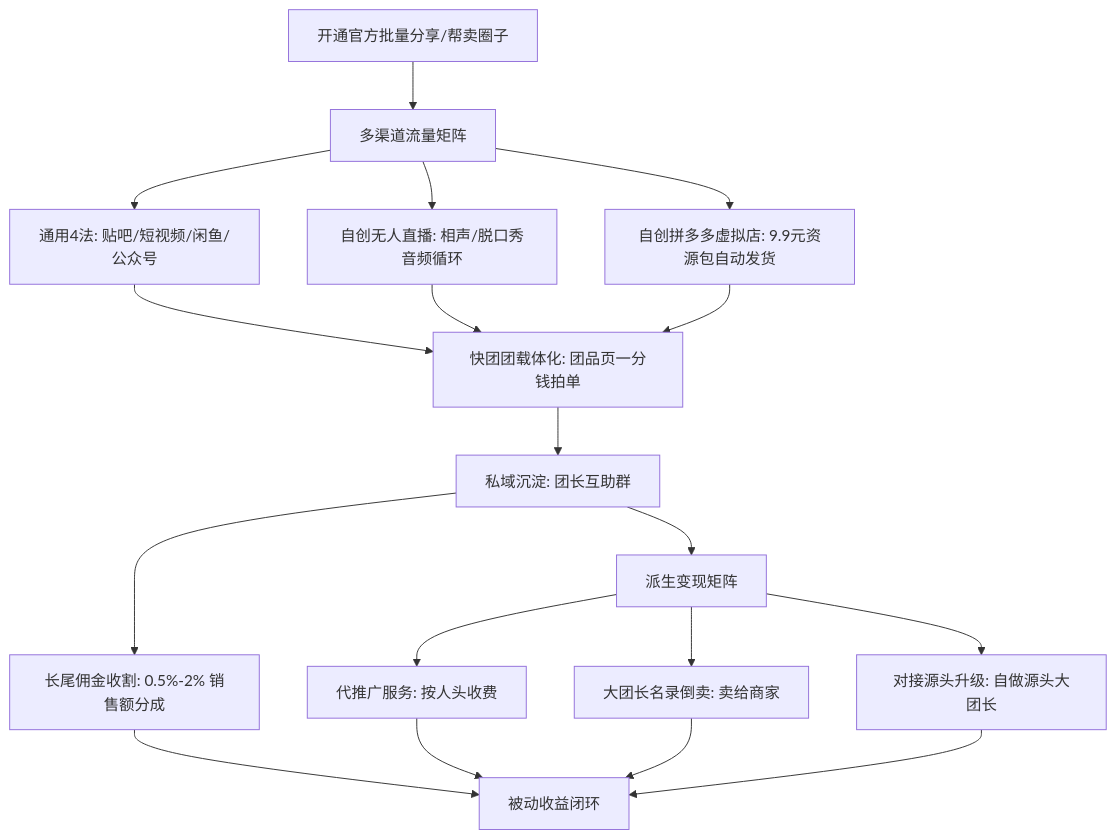
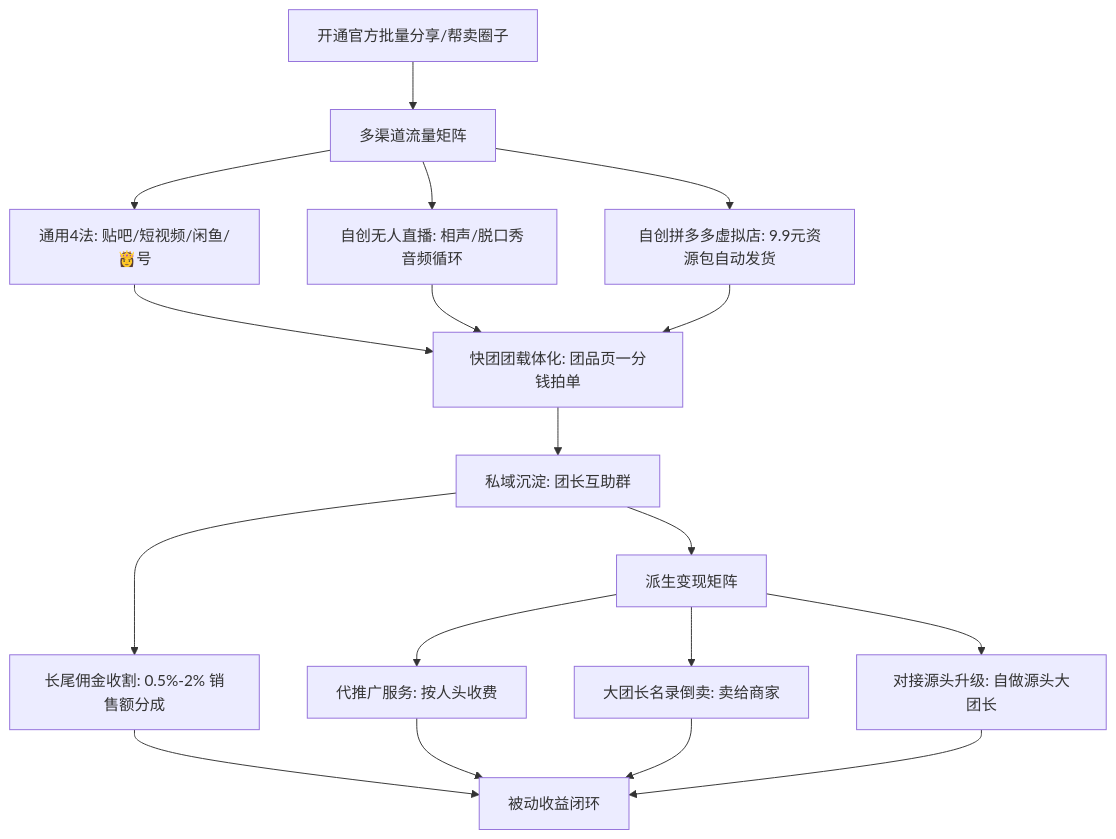
Before and after one commit to OpenDocCN1/flygon-zhuanqian-zhoubao: the sixth of 8 diagrams in docs/202305_paper2textbook/chapter_052.md, drawn with Mermaid. The commit also changed other lines of this file and 6688 other files, not shown here.

````diff
--- a/docs/202305_paper2textbook/chapter_052.md
+++ b/docs/202305_paper2textbook/chapter_052.md
@@ -720,15 +720,15 @@
 ```mermaid
 graph TD
     A[开通官方批量分享/帮卖圈子] --> B[多渠道流量矩阵]
-    B --> B1[通用4法: 贴吧/短视频/闲鱼/公众号]
+    B --> B1[通用4法: 贴吧/短视频/闲鱼/👸号]
     B --> B2[自创无人直播: 相声/脱口秀音频循环]
     B --> B3[自创拼多多虚拟店: 9.9元资源包自动发货]
     B1 & B2 & B3 --> C[快团团载体化: 团品页一分钱拍单]
     C --> D[私域沉淀: 团长互助群]
     D --> E[长尾佣金收割: 0.5%-2% 销售额分成]
     D --> F[派生变现矩阵]
     F --> F1[代推广服务: 按人头收费]
     F --> F2[大团长名录倒卖: 卖给商家]
     F --> F3[对接源头升级: 自做源头大团长]
     E & F1 & F2 & F3 --> G[被动收益闭环]
 ```
````
